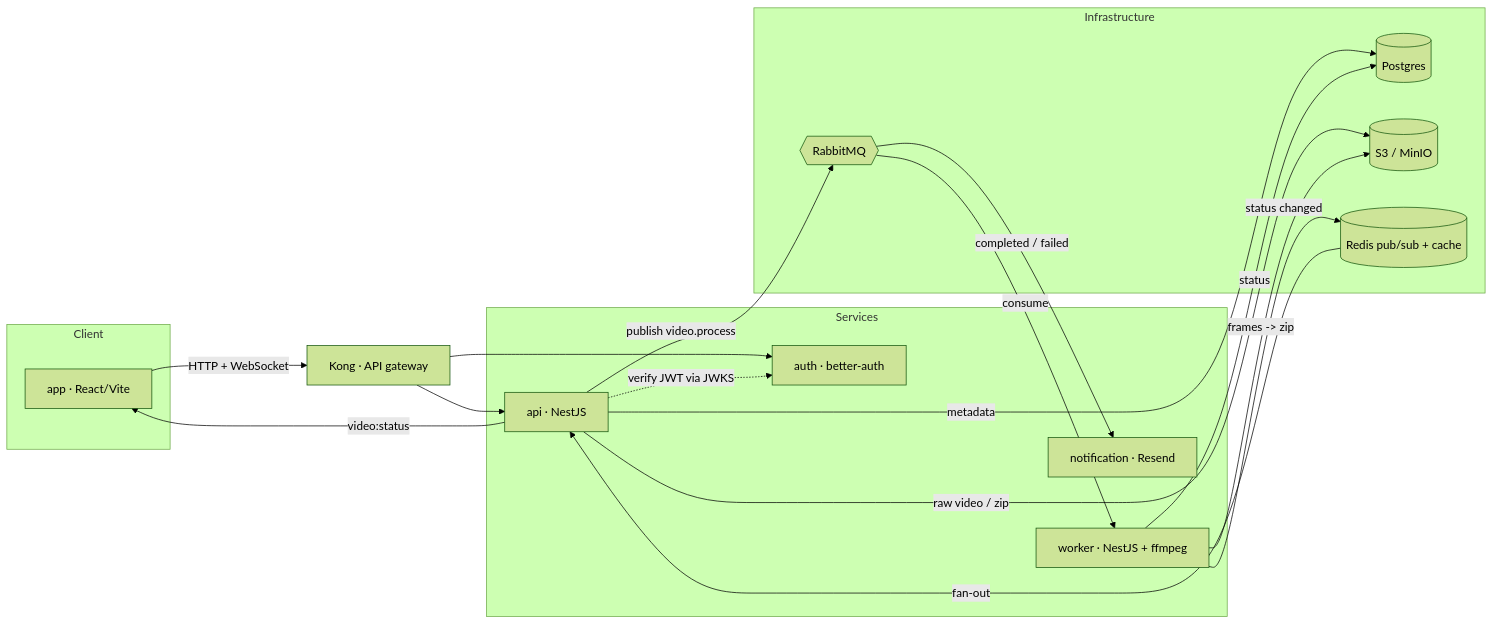
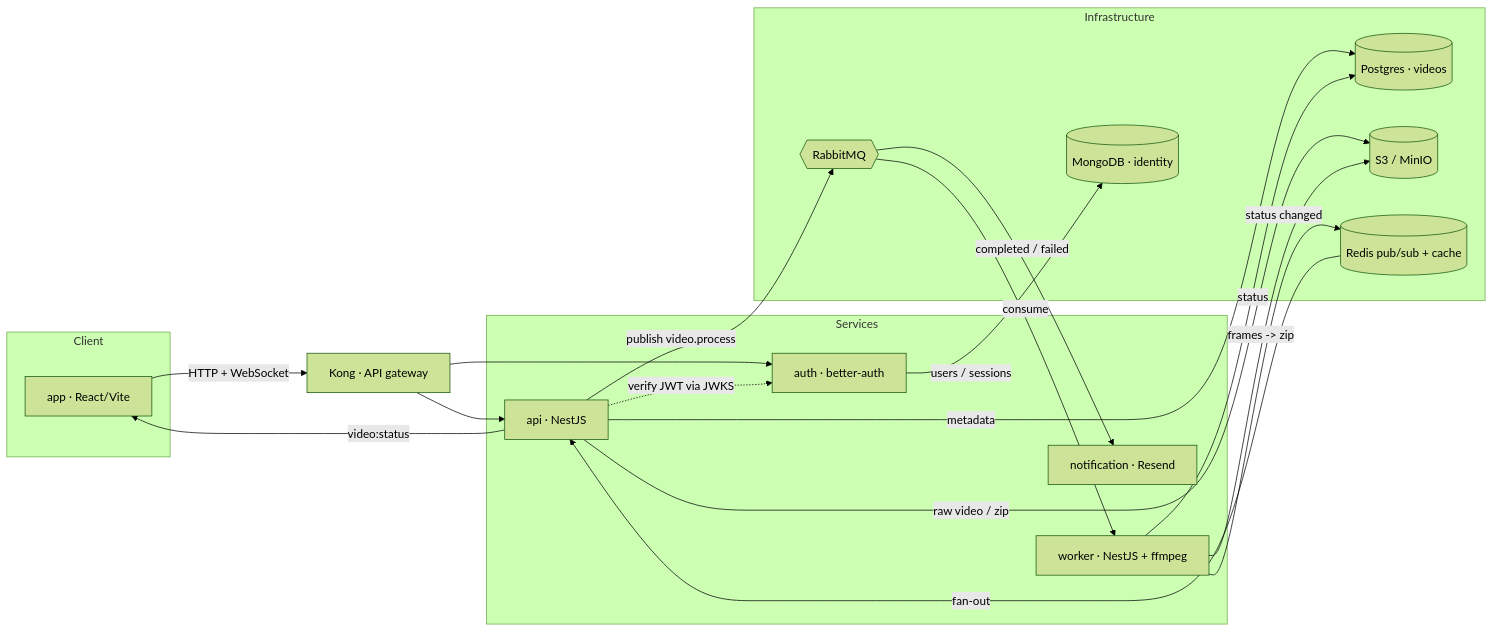
One commit to GGotha/hackaton-fiapx changed the diagram in README.md. Above: the diagram before and after it, drawn with Mermaid (forest theme). The commit also changed other lines of this file and 1 other file, not shown here.

Commit message:
docs: reflect MongoDB polyglot persistence and pt-BR UI

````diff
--- a/README.md
+++ b/README.md
@@ -53,37 +54,39 @@
 ```mermaid
 flowchart LR
   subgraph client[Client]
     app[app · React/Vite]
   end
 
   kong[Kong · API gateway]
 
   subgraph services[Services]
     api[api · NestJS]
     auth[auth · better-auth]
     worker[worker · NestJS + ffmpeg]
     notification[notification · Resend]
   end
 
   subgraph data[Infrastructure]
-    pg[(Postgres)]
+    mongo[(MongoDB · identity)]
+    pg[(Postgres · videos)]
     s3[(S3 / MinIO)]
     mq{{RabbitMQ}}
     redis[(Redis pub/sub + cache)]
   end
 
   app -->|HTTP + WebSocket| kong
   kong --> api
   kong --> auth
+  auth -->|users / sessions| mongo
   api -->|metadata| pg
   api -->|raw video / zip| s3
   api -->|publish video.process| mq
   api -.->|verify JWT via JWKS| auth
   mq -->|consume| worker
   mq -->|completed / failed| notification
   worker -->|frames -> zip| s3
   worker -->|status| pg
   worker -->|status changed| redis
   redis -->|fan-out| api
   api -->|video:status| app
 ```
````
